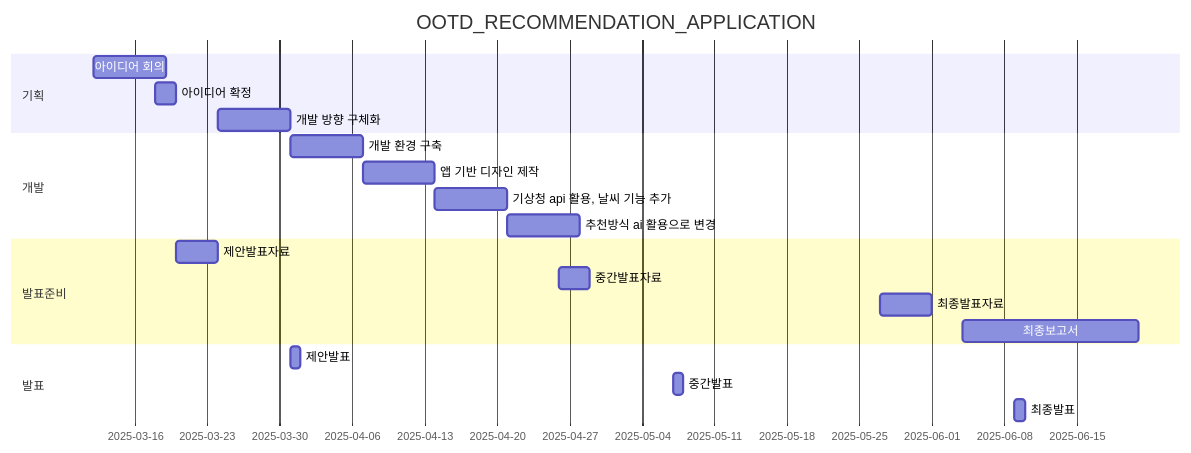
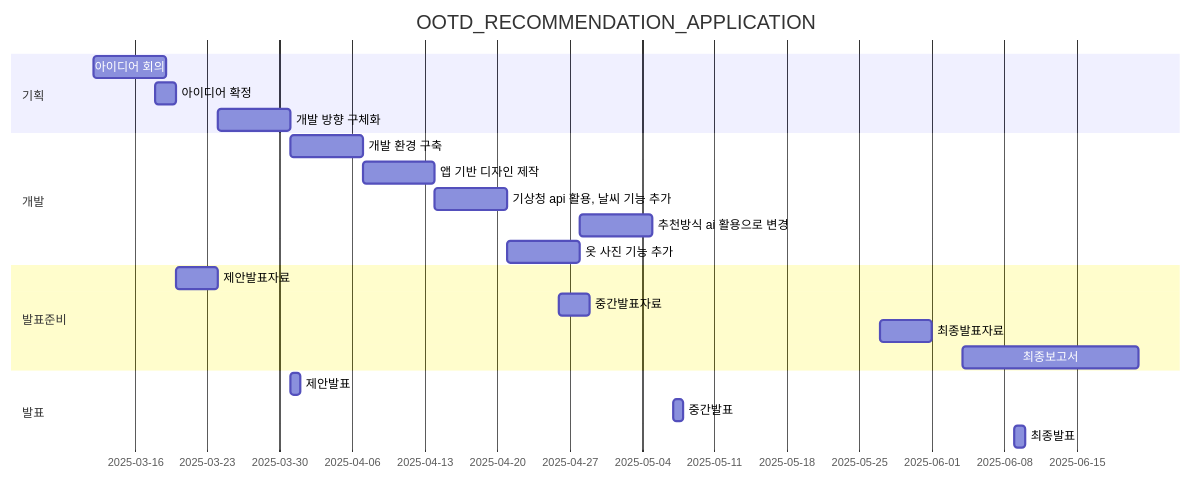
One commit to Introduction-to-Engineering-Design-13/LOR changed the diagram in project-plan.md. Above: the diagram before and after it, drawn with Mermaid.

````diff
--- a/project-plan.md
+++ b/project-plan.md
@@ -1,29 +1,30 @@
 ```mermaid
 gantt
     title OOTD_RECOMMENDATION_APPLICATION
 
     dateFormat  YYYY-MM-DD
 
     section 기획
     아이디어 회의      :a1, 2025-03-12, 7d
     아이디어 확정      :a2, 2025-03-18, 2d
     개발 방향 구체화    :a3, after d1, 7d
     
     section 개발
     개발 환경 구축        :c1, after a3, 7d
     앱 기반 디자인 제작    :c2, after c1, 7d
     기상청 api 활용, 날씨 기능 추가     : c3, after c2, 7d
-    추천방식 ai 활용으로 변경        :c4 , after c3, 7d
+    추천방식 ai 활용으로 변경        :c4 , after c5, 7d
+옷 사진 기능 추가      :c5,after c3,7d
 
     section 발표준비
     제안발표자료        :d1,    after a2,      4d
     중간발표자료        :d2,    2025-04-26,    3d
     최종발표자료        :d3,    2025-05-27,    5d
     최종보고서          :d4,    2025-06-04,    17d
 
     section 발표
     제안발표            :e1,    2025-03-31,    1d 
     중간발표            :e2,    2025-05-07,    1d
     최종발표            :e3,    2025-06-09,    1d
 
 ```
````
